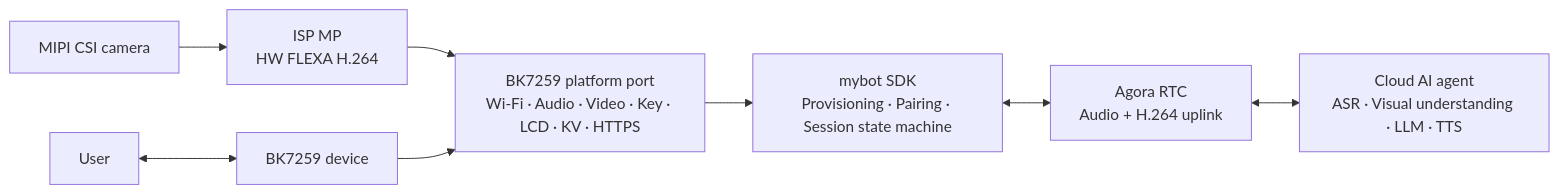
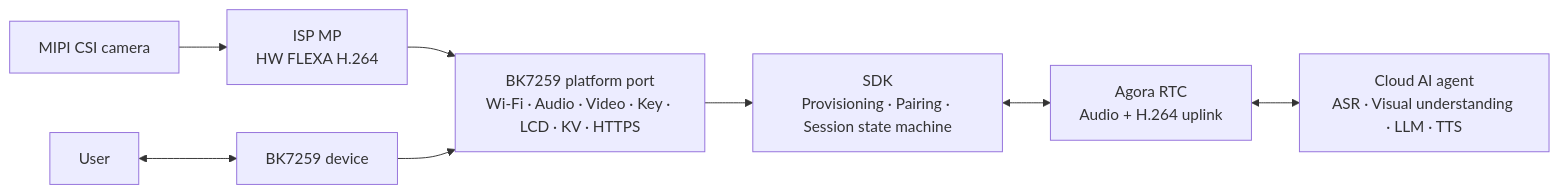
The diagram in README.md (AgoraIO-Community/agora-r2-standard-devkit), drawn with Mermaid before and after one commit. The commit also changed other lines of this file and 3 other files, not shown here.

````diff
--- a/README.md
+++ b/README.md
@@ -46,9 +46,9 @@
 ```mermaid
 flowchart LR
     user["User"] <--> device["BK7259 device"]
     camera["MIPI CSI camera"] --> encoder["ISP MP<br/>HW FLEXA H.264"] --> platform
     device --> platform["BK7259 platform port<br/>Wi-Fi · Audio · Video · Key · LCD · KV · HTTPS"]
-    platform --> core["mybot SDK<br/>Provisioning · Pairing · Session state machine"]
+    platform --> core["SDK<br/>Provisioning · Pairing · Session state machine"]
     core <--> rtc["Agora RTC<br/>Audio + H.264 uplink"]
     rtc <--> agent["Cloud AI agent<br/>ASR · Visual understanding · LLM · TTS"]
 ```
````
